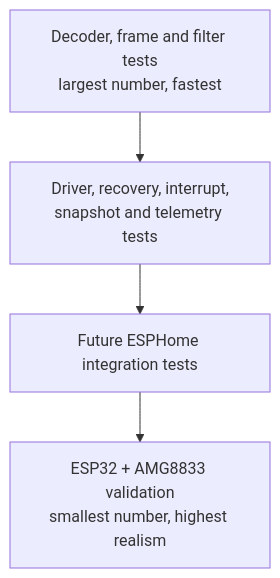
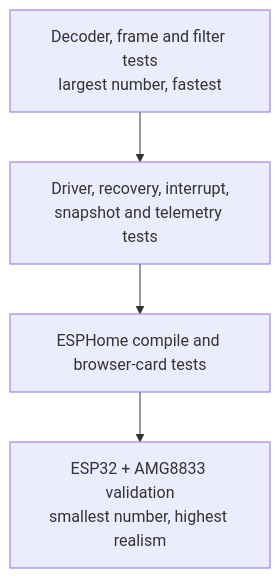
Before and after one commit to FishKepping/LeafSense: the first of 2 diagrams in docs/Testing.md, drawn with Mermaid. The commit also changed other lines of this file and 10 other files, not shown here.

````diff
--- a/docs/Testing.md
+++ b/docs/Testing.md
@@ -19,9 +19,9 @@
 ```mermaid
 flowchart TB
     Hardware["ESP32 + AMG8833 validation<br/>smallest number, highest realism"]
-    Integration["Future ESPHome integration tests"]
+    Integration["ESPHome compile and browser-card tests"]
     Driver["Driver, recovery, interrupt,<br/>snapshot and telemetry tests"]
     Core["Decoder, frame and filter tests<br/>largest number, fastest"]
 
     Core --> Driver --> Integration --> Hardware
 ```
````
